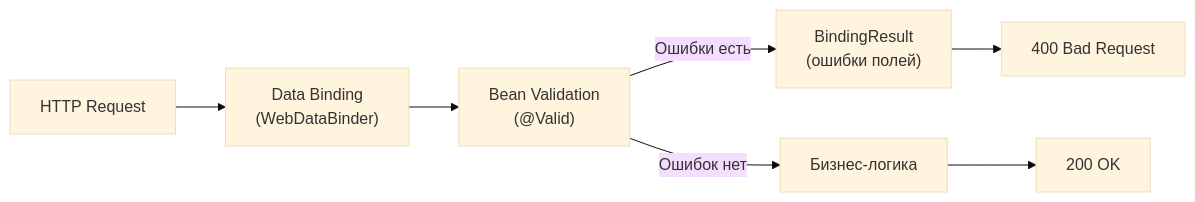
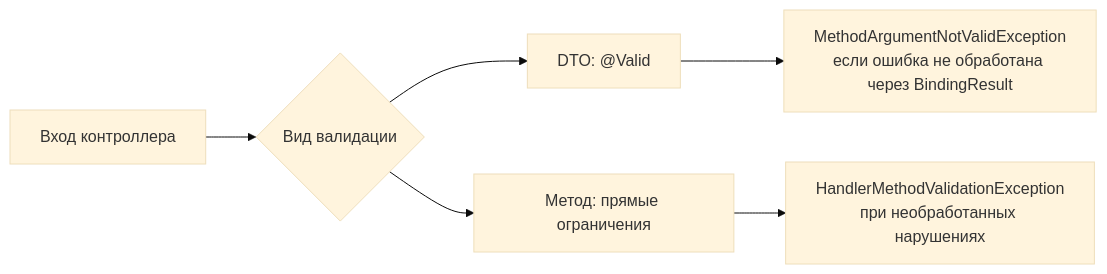
Before and after one commit to akeverus/cheat-sheet: the third of 10 diagrams in cheatsheets/interview/frameworks/spring/spring-mvc-interview.md, drawn with Mermaid (base theme). The commit also changed other lines of this file and 154 other files, not shown here.

````diff
--- a/cheatsheets/interview/frameworks/spring/spring-mvc-interview.md
+++ b/cheatsheets/interview/frameworks/spring/spring-mvc-interview.md
@@ -358,9 +360,8 @@
 ```mermaid
 graph LR
-    Req["HTTP Request"] --> Bind["Data Binding<br/>(WebDataBinder)"]
-    Bind --> Val["Bean Validation<br/>(@Valid)"]
-    Val -->|Ошибки есть| BR["BindingResult<br/>(ошибки полей)"]
-    Val -->|Ошибок нет| Ctrl["Бизнес-логика"]
-    BR --> Resp["400 Bad Request"]
-    Ctrl --> Resp2["200 OK"]
+    Req["Вход контроллера"] --> V{"Вид валидации"}
+    V --> DTO["DTO: @Valid"]
+    V --> Method["Метод: прямые ограничения"]
+    DTO --> E1["MethodArgumentNotValidException<br/>если ошибка не обработана через BindingResult"]
+    Method --> E2["HandlerMethodValidationException<br/>при необработанных нарушениях"]
 ```
````
